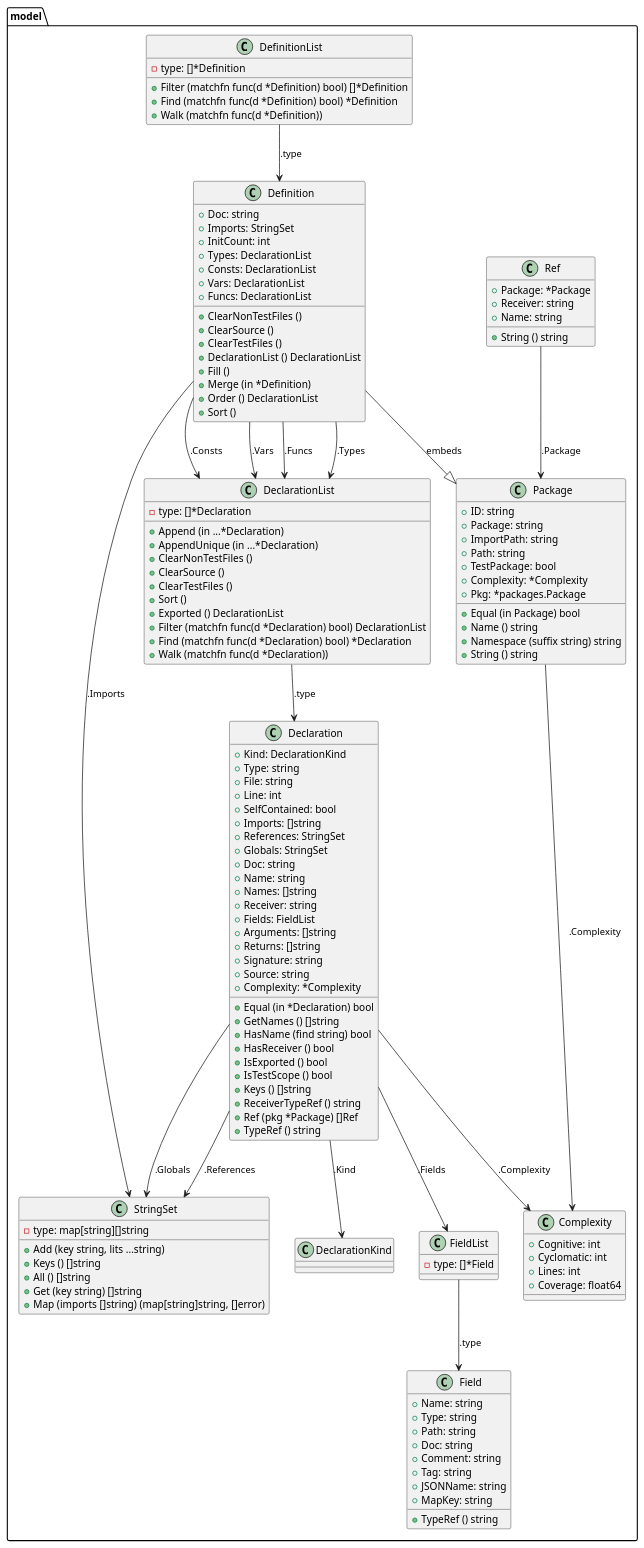
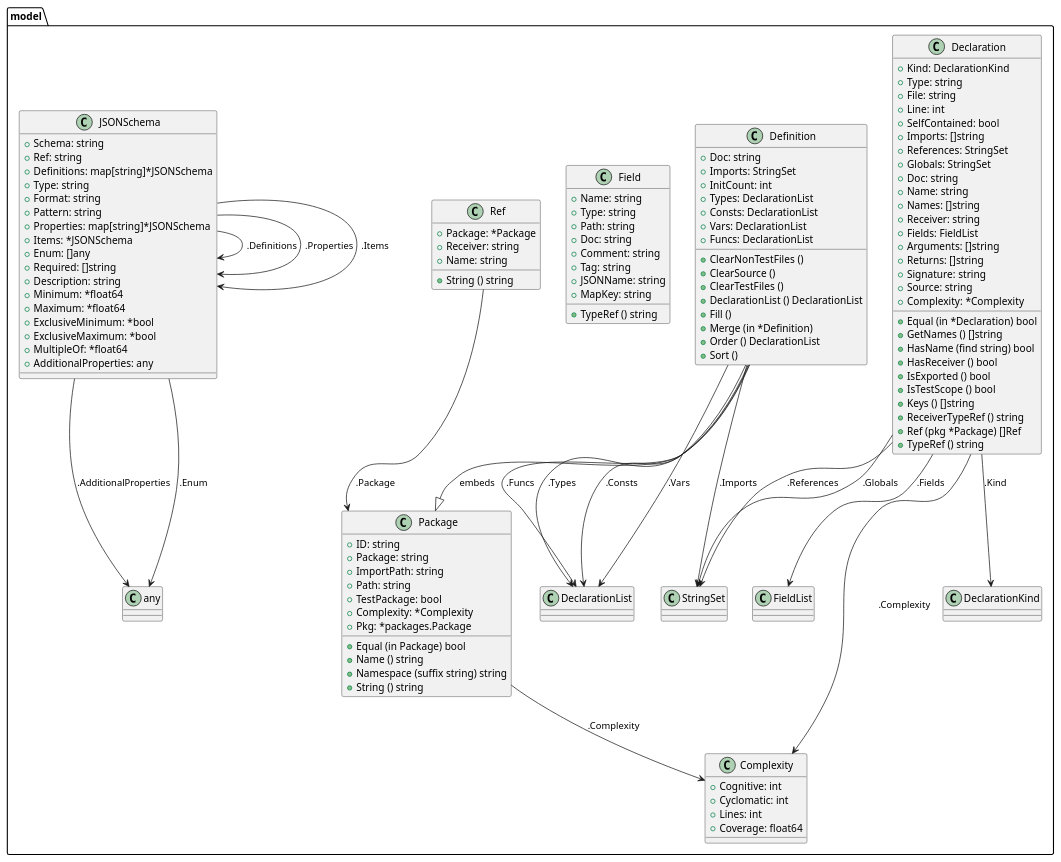
One commit to titpetric/exp changed the diagram in cmd/go-fsck/model/restored/go-fsck.puml. Above: the diagram before and after it, drawn with PlantUML. The commit also changed 10 other files, not shown here.

Commit message:
go-fsck: add jsonschema command to generate data model in package

```diff
--- a/cmd/go-fsck/model/restored/go-fsck.puml
+++ b/cmd/go-fsck/model/restored/go-fsck.puml
@@ -1,153 +1,138 @@
 @startuml
 
 class "model.Complexity" {
   + Cognitive: int
   + Cyclomatic: int
   + Lines: int
   + Coverage: float64
 }
 
 class "model.Declaration" {
   + Kind: DeclarationKind
   + Type: string
   + File: string
   + Line: int
   + SelfContained: bool
   + Imports: []string
   + References: StringSet
   + Globals: StringSet
   + Doc: string
   + Name: string
   + Names: []string
   + Receiver: string
   + Fields: FieldList
   + Arguments: []string
   + Returns: []string
   + Signature: string
   + Source: string
   + Complexity: *Complexity
   + Equal (in *Declaration) bool
   + GetNames () []string
   + HasName (find string) bool
   + HasReceiver () bool
   + IsExported () bool
   + IsTestScope () bool
   + Keys () []string
   + ReceiverTypeRef () string
   + Ref (pkg *Package) []Ref
   + TypeRef () string
 }
 
-class "model.DeclarationList" {
-  - type: []*Declaration
-  + Append (in ...*Declaration)
-  + AppendUnique (in ...*Declaration)
-  + ClearNonTestFiles ()
-  + ClearSource ()
-  + ClearTestFiles ()
-  + Sort ()
-  + Exported () DeclarationList
-  + Filter (matchfn func(d *Declaration) bool) DeclarationList
-  + Find (matchfn func(d *Declaration) bool) *Declaration
-  + Walk (matchfn func(d *Declaration))
-}
-
 class "model.Definition" {
   + Doc: string
   + Imports: StringSet
   + InitCount: int
   + Types: DeclarationList
   + Consts: DeclarationList
   + Vars: DeclarationList
   + Funcs: DeclarationList
   + ClearNonTestFiles ()
   + ClearSource ()
   + ClearTestFiles ()
   + DeclarationList () DeclarationList
   + Fill ()
   + Merge (in *Definition)
   + Order () DeclarationList
   + Sort ()
 }
 
-class "model.DefinitionList" {
-  - type: []*Definition
-  + Filter (matchfn func(d *Definition) bool) []*Definition
-  + Find (matchfn func(d *Definition) bool) *Definition
-  + Walk (matchfn func(d *Definition))
-}
-
 class "model.Field" {
   + Name: string
   + Type: string
   + Path: string
   + Doc: string
   + Comment: string
   + Tag: string
   + JSONName: string
   + MapKey: string
   + TypeRef () string
 }
 
-class "model.FieldList" {
-  - type: []*Field
+class "model.JSONSchema" {
+  + Schema: string
+  + Ref: string
+  + Definitions: map[string]*JSONSchema
+  + Type: string
+  + Format: string
+  + Pattern: string
+  + Properties: map[string]*JSONSchema
+  + Items: *JSONSchema
+  + Enum: []any
+  + Required: []string
+  + Description: string
+  + Minimum: *float64
+  + Maximum: *float64
+  + ExclusiveMinimum: *bool
+  + ExclusiveMaximum: *bool
+  + MultipleOf: *float64
+  + AdditionalProperties: any
 }
 
 class "model.Package" {
   + ID: string
   + Package: string
   + ImportPath: string
   + Path: string
   + TestPackage: bool
   + Complexity: *Complexity
   + Pkg: *packages.Package
   + Equal (in Package) bool
   + Name () string
   + Namespace (suffix string) string
   + String () string
 }
 
 class "model.Ref" {
   + Package: *Package
   + Receiver: string
   + Name: string
   + String () string
 }
 
-class "model.StringSet" {
-  - type: map[string][]string
-  + Add (key string, lits ...string)
-  + Keys () []string
-  + All () []string
-  + Get (key string) []string
-  + Map (imports []string) (map[string]string, []error)
-}
-
 
 "model.Declaration" --> "model.DeclarationKind" : .Kind
 "model.Declaration" --> "model.StringSet" : .References
 "model.Declaration" --> "model.StringSet" : .Globals
 "model.Declaration" --> "model.FieldList" : .Fields
 "model.Declaration" --> "model.Complexity" : .Complexity
-
-"model.DeclarationList" --> "model.Declaration" : .type
 
 "model.Definition" --|> "model.Package" : embeds
 "model.Definition" --> "model.StringSet" : .Imports
 "model.Definition" --> "model.DeclarationList" : .Types
 "model.Definition" --> "model.DeclarationList" : .Consts
 "model.Definition" --> "model.DeclarationList" : .Vars
 "model.Definition" --> "model.DeclarationList" : .Funcs
 
-"model.DefinitionList" --> "model.Definition" : .type
 
-
-"model.FieldList" --> "model.Field" : .type
+"model.JSONSchema" --> "model.JSONSchema" : .Definitions
+"model.JSONSchema" --> "model.JSONSchema" : .Properties
+"model.JSONSchema" --> "model.JSONSchema" : .Items
+"model.JSONSchema" --> "model.any" : .Enum
+"model.JSONSchema" --> "model.any" : .AdditionalProperties
 
 "model.Package" --> "model.Complexity" : .Complexity
 
 "model.Ref" --> "model.Package" : .Package
 
 
-
 @enduml
```
